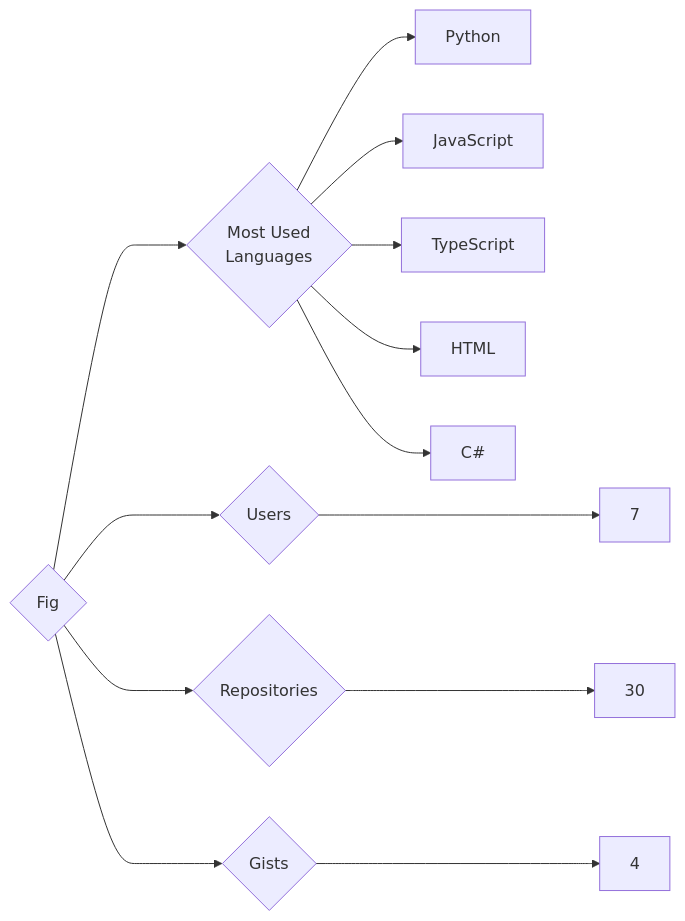
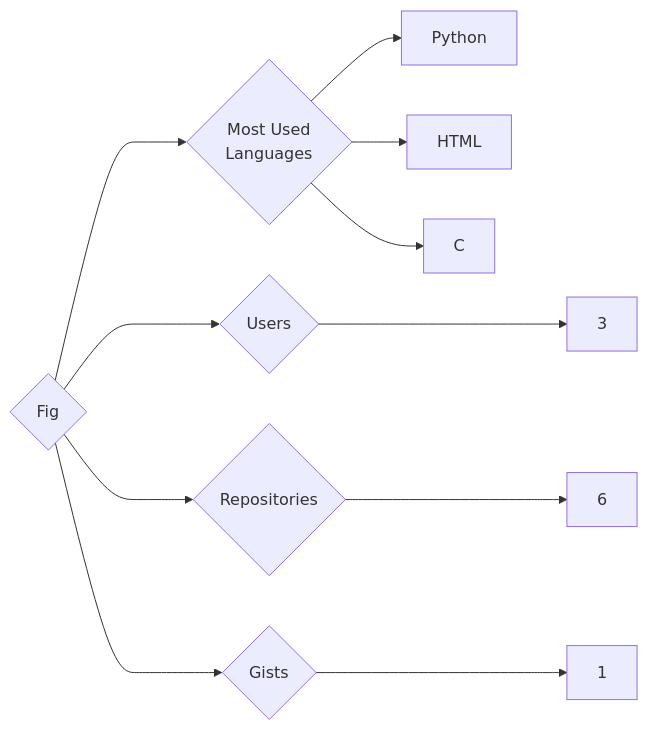
The diagram in targets/Fig/README.md (trickest/insiders), drawn with Mermaid before and after one commit. The commit also changed 724 other files, not shown here.

````diff
--- a/targets/Fig/README.md
+++ b/targets/Fig/README.md
@@ -3,13 +3,11 @@
 ```mermaid
 graph LR
 COMPANY_NAME{Fig}
-COMPANY_NAME ---> U{Users} ---> UN[7]
-COMPANY_NAME ---> R{Repositories} ---> RN[30]
-COMPANY_NAME ---> G{Gists} ---> GN[4]
+COMPANY_NAME ---> U{Users} ---> UN[3]
+COMPANY_NAME ---> R{Repositories} ---> RN[6]
+COMPANY_NAME ---> G{Gists} ---> GN[1]
 COMPANY_NAME ---> ML{Most Used<br>Languages}
 ML --> Python[Python]
-ML --> JavaScript[JavaScript]
-ML --> TypeScript[TypeScript]
 ML --> HTML[HTML]
-ML --> C#[C#]
+ML --> C[C]
 ```
````
